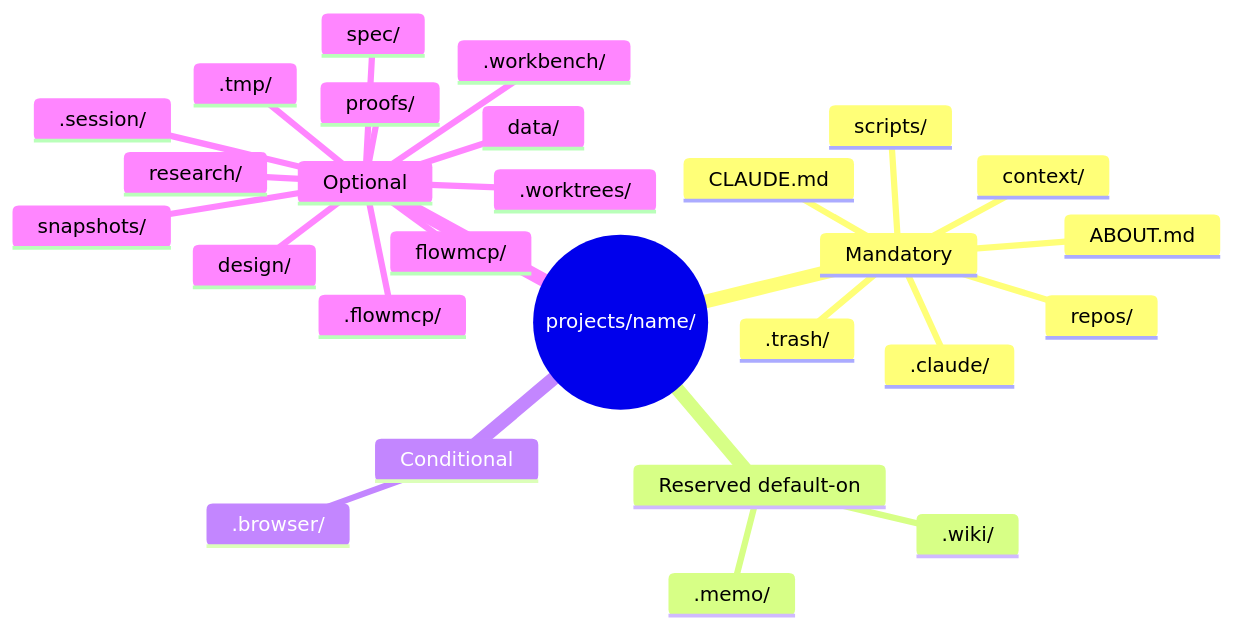
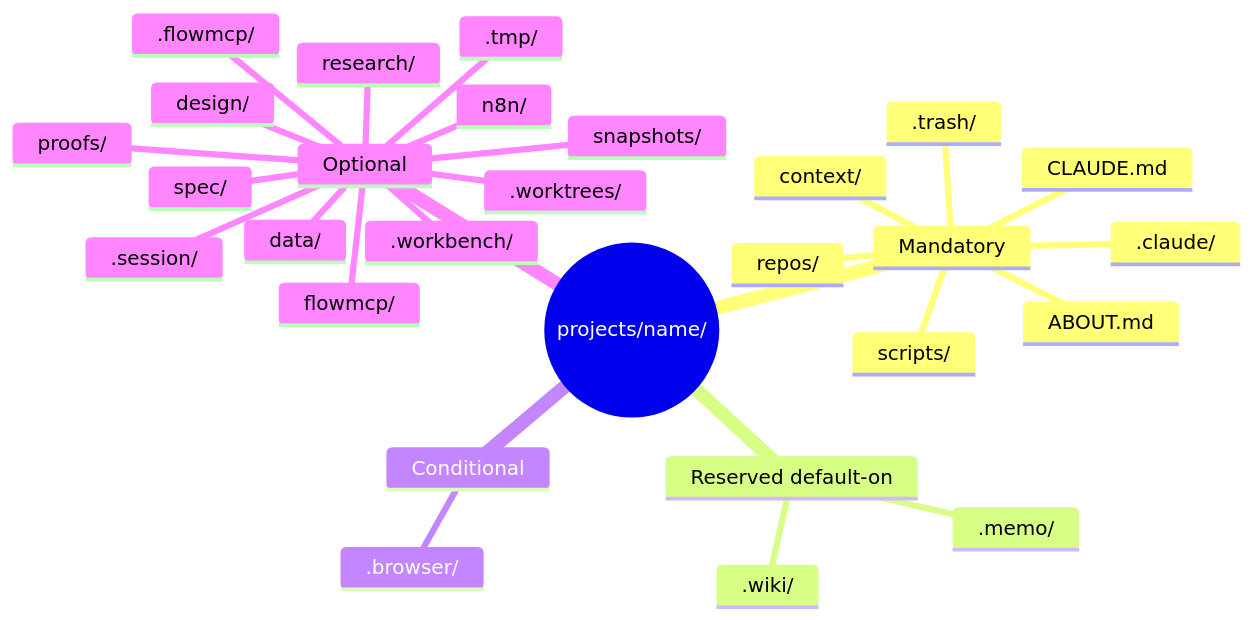
The first of 2 diagrams in workbench/0.3.0/draft/spec/12-folders.md (Memo-Init/spec), drawn with Mermaid before and after one commit. The commit also changed other lines of this file and 18 other files, not shown here.

````diff
--- a/workbench/0.3.0/draft/spec/12-folders.md
+++ b/workbench/0.3.0/draft/spec/12-folders.md
@@ -64,30 +65,31 @@
 ```mermaid
 mindmap
   root((projects/name/))
     Mandatory
       .claude/
       .trash/
       ABOUT.md
       CLAUDE.md
       context/
       repos/
       scripts/
     Reserved default-on
       .memo/
       .wiki/
     Conditional
       .browser/
     Optional
       .flowmcp/
       .session/
       .tmp/
       .workbench/
       .worktrees/
       data/
       design/
       flowmcp/
+      n8n/
       proofs/
       research/
       snapshots/
       spec/
 ```
````
